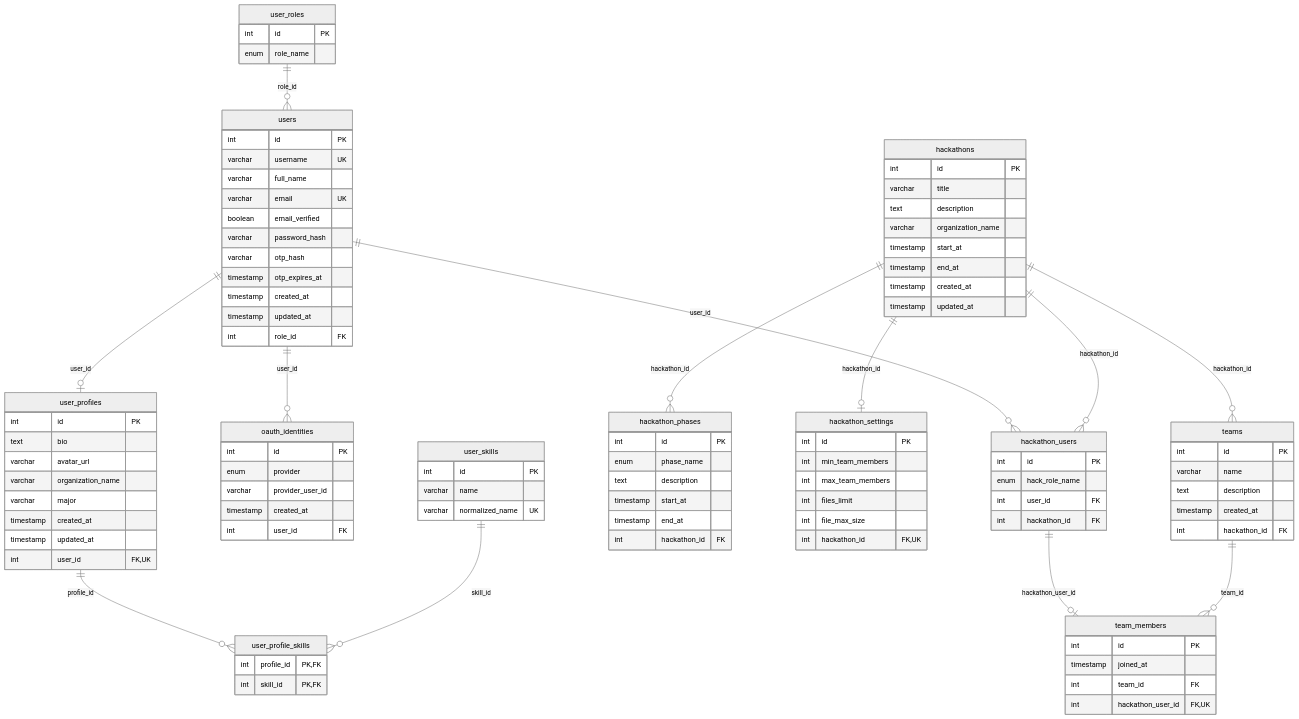
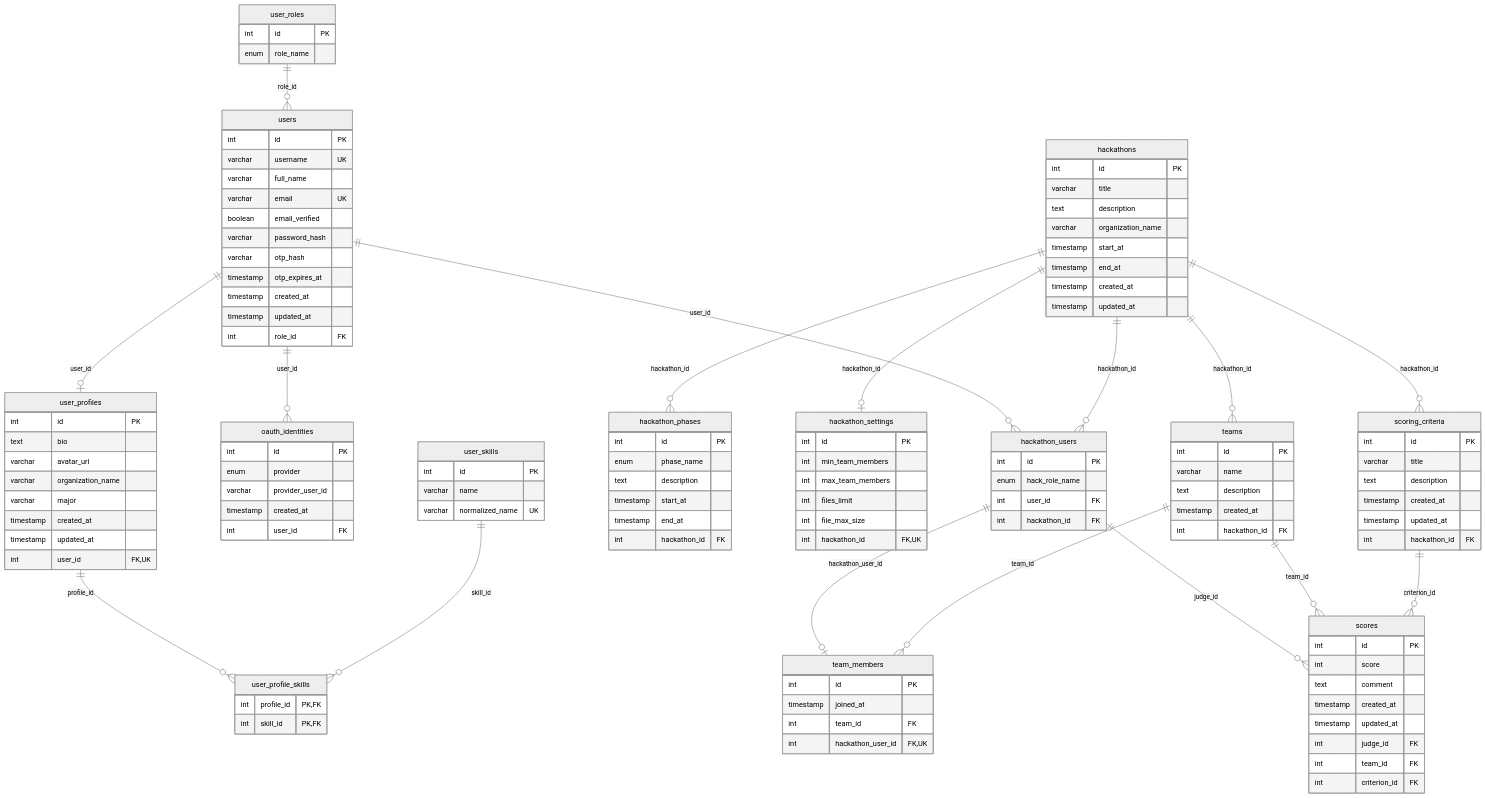
The diagram in docs/db_schema.md (Dexter88xD/HackSpace), drawn with Mermaid (neutral theme) before and after one commit. The commit also changed other lines of this file and 32 other files, not shown here.

```diff
--- a/docs/db_schema.md
+++ b/docs/db_schema.md
@@ -25,6 +25,10 @@
   hackathons ||--o{ teams : "hackathon_id"
   hackathon_users ||--o| team_members : "hackathon_user_id"
   teams ||--o{ team_members : "team_id"
+  hackathons ||--o{ scoring_criteria : "hackathon_id"
+  hackathon_users ||--o{ scores : "judge_id"
+  teams ||--o{ scores : "team_id"
+  scoring_criteria ||--o{ scores : "criterion_id"
   user_profiles ||--o{ user_profile_skills : "profile_id"
   user_skills ||--o{ user_profile_skills : "skill_id"
 
@@ -107,6 +111,24 @@
     int team_id FK
     int hackathon_user_id FK,UK
   }
+  scoring_criteria {
+    int id PK
+    varchar title
+    text description
+    timestamp created_at
+    timestamp updated_at
+    int hackathon_id FK
+  }
+  scores {
+    int id PK
+    int score
+    text comment
+    timestamp created_at
+    timestamp updated_at
+    int judge_id FK
+    int team_id FK
+    int criterion_id FK
+  }
   user_skills {
     int id PK
     varchar name
```
